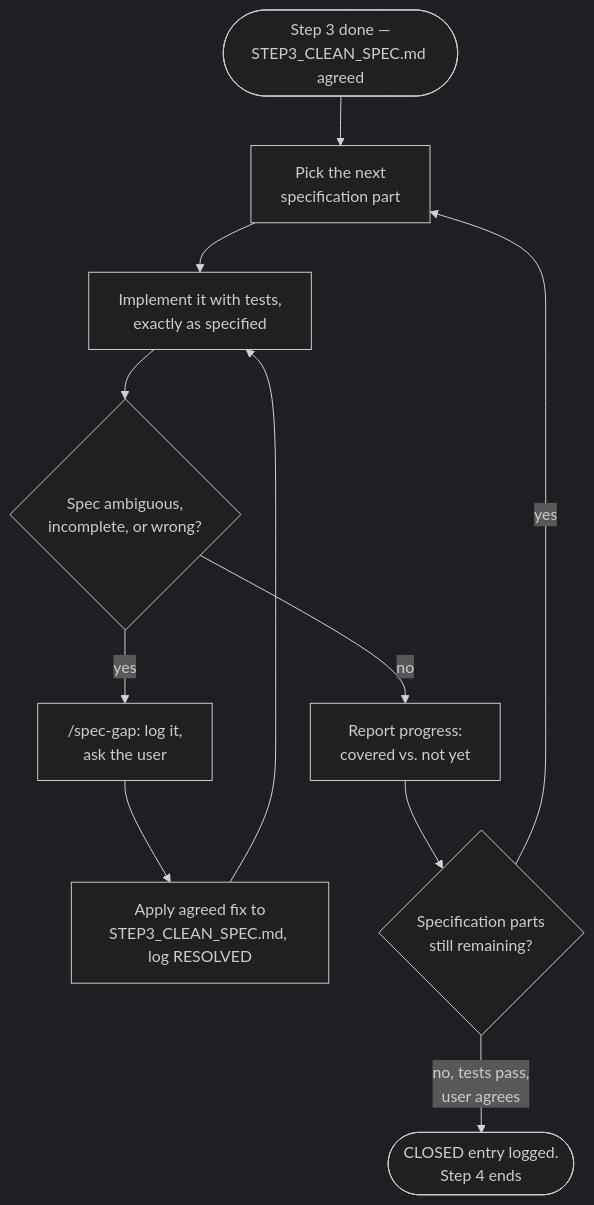
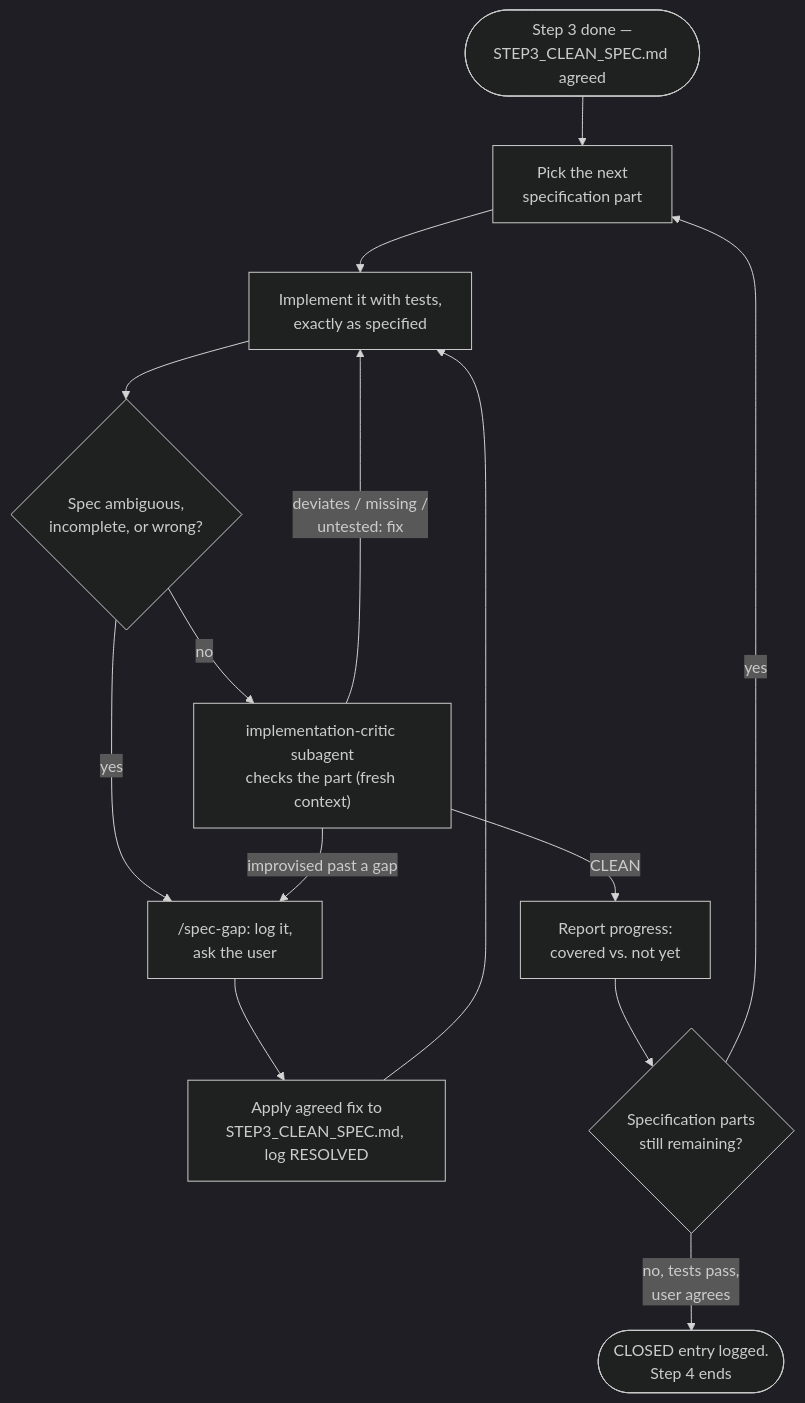
One commit to jeromeetienne/vibe_to_spec changed the diagram in steps/step_04_implementation/README.md. Above: the diagram before and after it, drawn with Mermaid (dark theme). The commit also changed other lines of this file and 11 other files, not shown here.

````diff
--- a/steps/step_04_implementation/README.md
+++ b/steps/step_04_implementation/README.md
@@ -19,23 +19,28 @@
 ```mermaid
 flowchart TD
     Start(["Step 3 done —
 STEP3_CLEAN_SPEC.md agreed"]) --> Pick["Pick the next
 specification part"]
     Pick --> Implement["Implement it with tests,
 exactly as specified"]
     Implement --> Ambiguous{"Spec ambiguous,
 incomplete, or wrong?"}
     Ambiguous -->|"yes"| Gap["/spec-gap: log it,
 ask the user"]
     Gap --> Amend["Apply agreed fix to
 STEP3_CLEAN_SPEC.md, log RESOLVED"]
     Amend --> Implement
-    Ambiguous -->|"no"| Report["Report progress:
+    Ambiguous -->|"no"| Critique["implementation-critic subagent
+checks the part (fresh context)"]
+    Critique -->|"deviates / missing /
+untested: fix"| Implement
+    Critique -->|"improvised past a gap"| Gap
+    Critique -->|"CLEAN"| Report["Report progress:
 covered vs. not yet"]
     Report --> More{"Specification parts
 still remaining?"}
     More -->|"yes"| Pick
     More -->|"no, tests pass,
 user agrees"| Closed(["CLOSED entry logged.
 Step 4 ends"])
 ```
````
